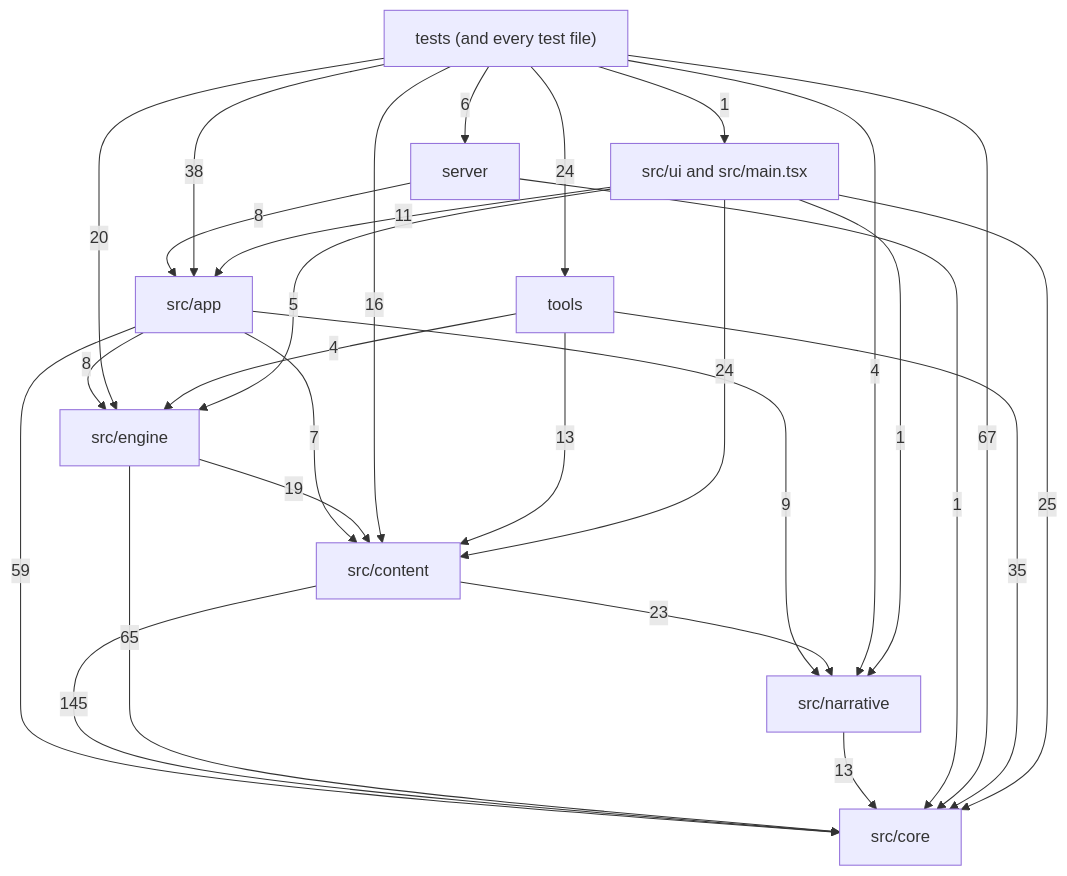
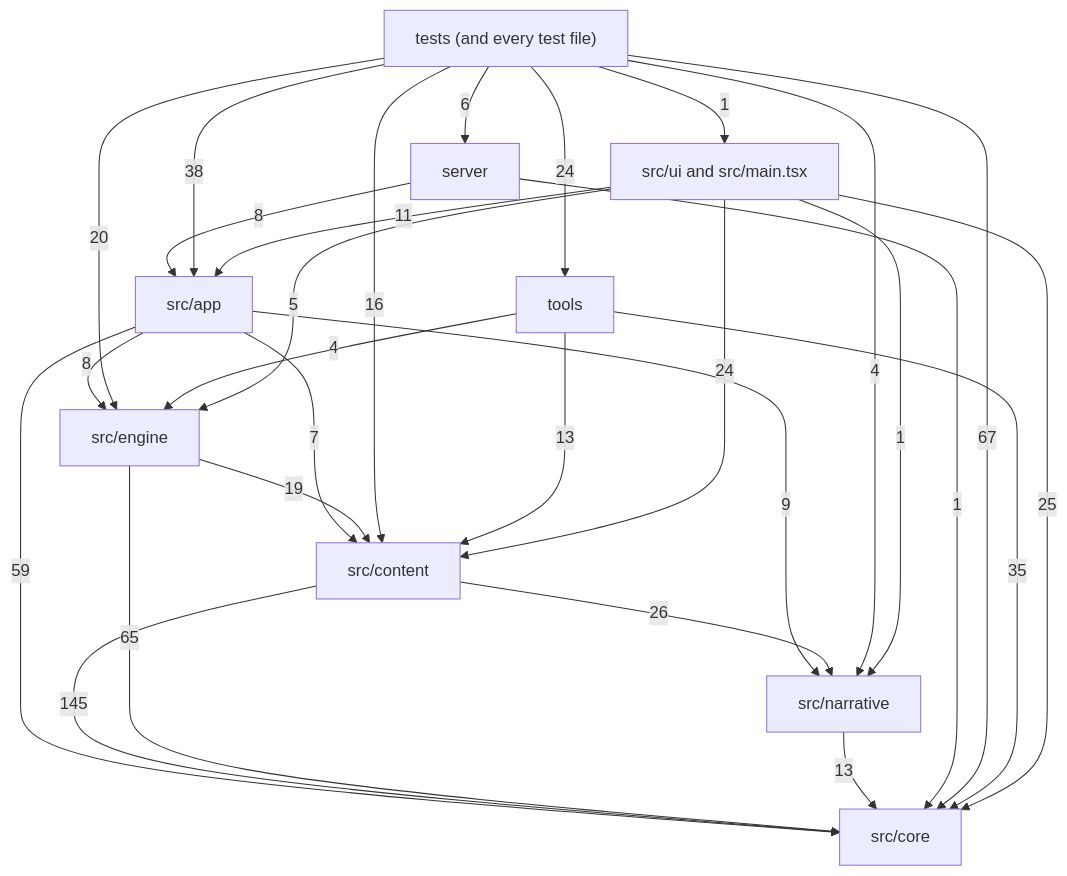
The diagram in docs/reference/code-map/README.md (OrangeB0lt/Cyber-funk), drawn with Mermaid before and after one commit. The commit also changed other lines of this file and 9 other files, not shown here.

````diff
--- a/docs/reference/code-map/README.md
+++ b/docs/reference/code-map/README.md
@@ -29,39 +29,39 @@
 ```mermaid
 flowchart TD
   core["src/core"]
   narrative["src/narrative"]
   content["src/content"]
   engine["src/engine"]
   app["src/app"]
   ui["src/ui and src/main.tsx"]
   server["server"]
   tools["tools"]
   tests["tests (and every test file)"]
   app -->|7| content
   app -->|59| core
   app -->|8| engine
   app -->|9| narrative
   content -->|145| core
-  content -->|23| narrative
+  content -->|26| narrative
   engine -->|19| content
   engine -->|65| core
   narrative -->|13| core
   server -->|8| app
   server -->|1| core
   tests -->|38| app
   tests -->|16| content
   tests -->|67| core
   tests -->|20| engine
   tests -->|4| narrative
   tests -->|6| server
   tests -->|24| tools
   tests -->|1| ui
   tools -->|13| content
   tools -->|35| core
   tools -->|4| engine
   ui -->|11| app
   ui -->|24| content
   ui -->|25| core
   ui -->|5| engine
   ui -->|1| narrative
 ```
````
